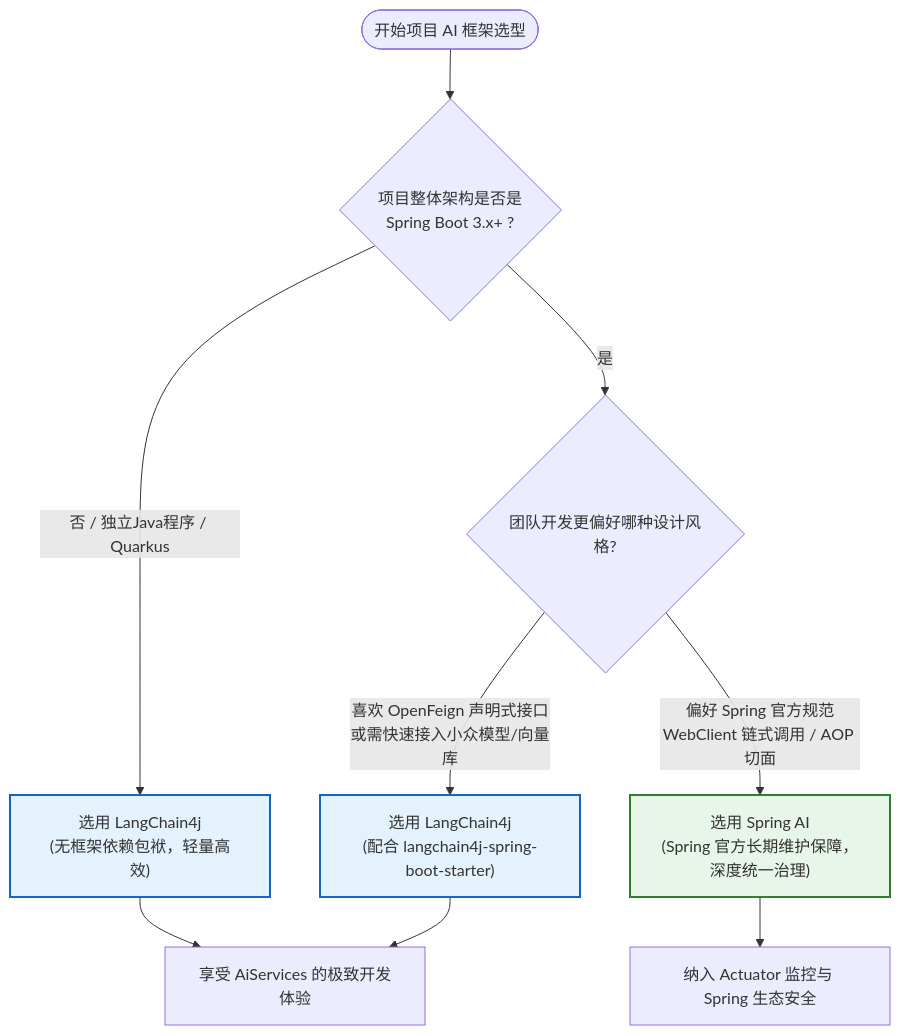
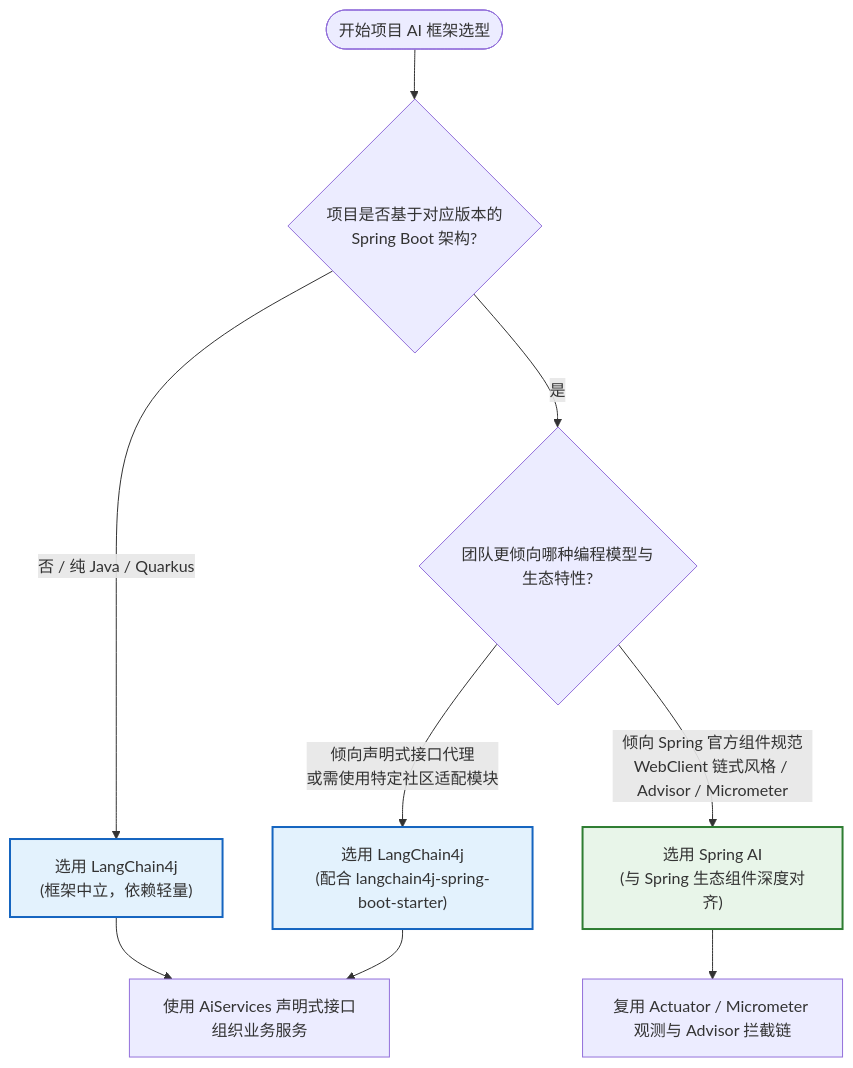
Before and after one commit to GuoWWWX/knowledge-base: the second of 2 diagrams in 10-AI应用开发/02-框架-SpringAI与LangChain4j/01-SpringAI与LangChain4j对比.md, drawn with Mermaid. The commit also changed other lines of this file and 251 other files, not shown here.

````diff
--- a/10-AI应用开发/02-框架-SpringAI与LangChain4j/01-SpringAI与LangChain4j对比.md
+++ b/10-AI应用开发/02-框架-SpringAI与LangChain4j/01-SpringAI与LangChain4j对比.md
@@ -118,17 +112,17 @@
 ```mermaid
 flowchart TD
-    Start([开始项目 AI 框架选型]) --> Q1{项目整体架构是否是<br/>Spring Boot 3.x+ ?}
+    Start([开始项目 AI 框架选型]) --> Q1{项目是否基于对应版本的<br/>Spring Boot 架构?}
     
-    Q1 -->|否 / 独立Java程序 / Quarkus| LC4J1["选用 LangChain4j<br/>(无框架依赖包袱，轻量高效)"]
-    Q1 -->|是| Q2{团队开发更偏好哪种设计风格?}
+    Q1 -->|否 / 纯 Java / Quarkus| LC4J1["选用 LangChain4j<br/>(框架中立，依赖轻量)"]
+    Q1 -->|是| Q2{团队更倾向哪种编程模型与生态特性?}
     
-    Q2 -->|喜欢 OpenFeign 声明式接口<br/>或需快速接入小众模型/向量库| LC4J2["选用 LangChain4j<br/>(配合 langchain4j-spring-boot-starter)"]
-    Q2 -->|偏好 Spring 官方规范<br/>WebClient 链式调用 / AOP 切面| SAI["选用 Spring AI<br/>(Spring 官方长期维护保障，深度统一治理)"]
+    Q2 -->|倾向声明式接口代理<br/>或需使用特定社区适配模块| LC4J2["选用 LangChain4j<br/>(配合 langchain4j-spring-boot-starter)"]
+    Q2 -->|倾向 Spring 官方组件规范<br/>WebClient 链式风格 / Advisor / Micrometer| SAI["选用 Spring AI<br/>(与 Spring 生态组件深度对齐)"]
     
-    SAI --> Check1["纳入 Actuator 监控与 Spring 生态安全"]
-    LC4J1 & LC4J2 --> Check2["享受 AiServices 的极致开发体验"]
+    SAI --> Check1["复用 Actuator / Micrometer 观测与 Advisor 拦截链"]
+    LC4J1 & LC4J2 --> Check2["使用 AiServices 声明式接口组织业务服务"]
 
     style SAI fill:#e8f5e9,stroke:#2e7d32,stroke-width:2px
     style LC4J1 fill:#e3f2fd,stroke:#1565c0,stroke-width:2px
     style LC4J2 fill:#e3f2fd,stroke:#1565c0,stroke-width:2px
 ```
````
